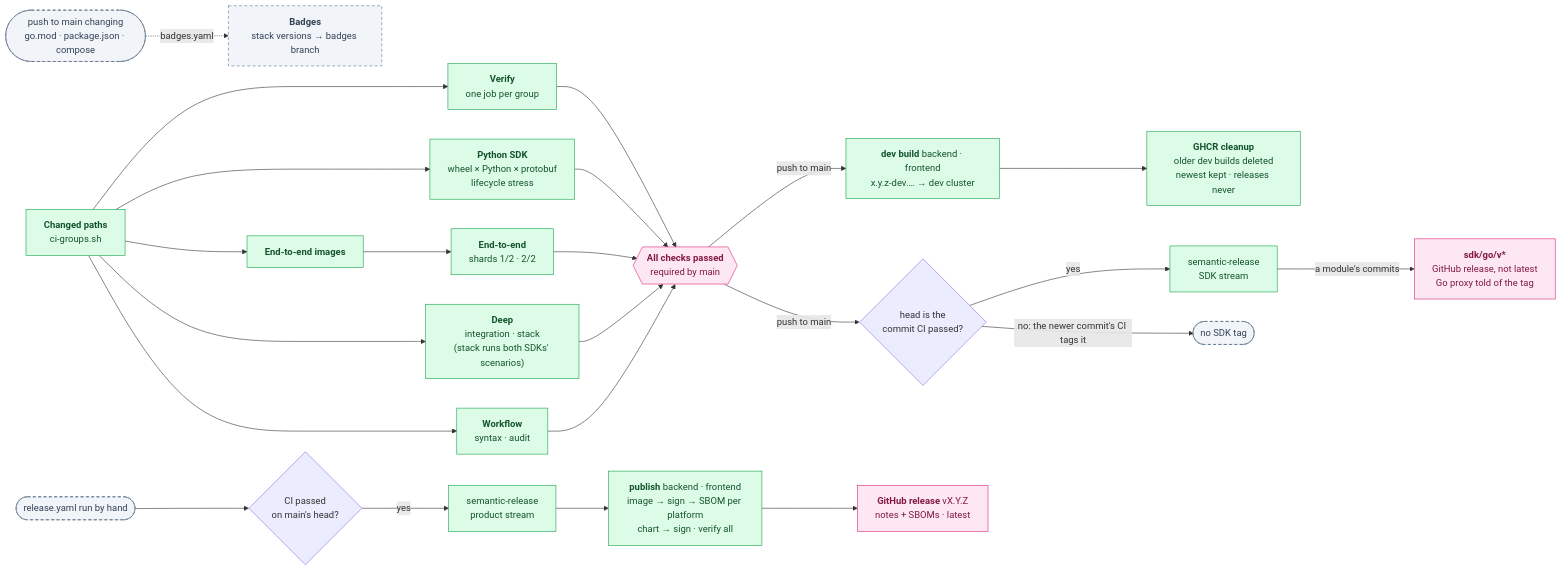
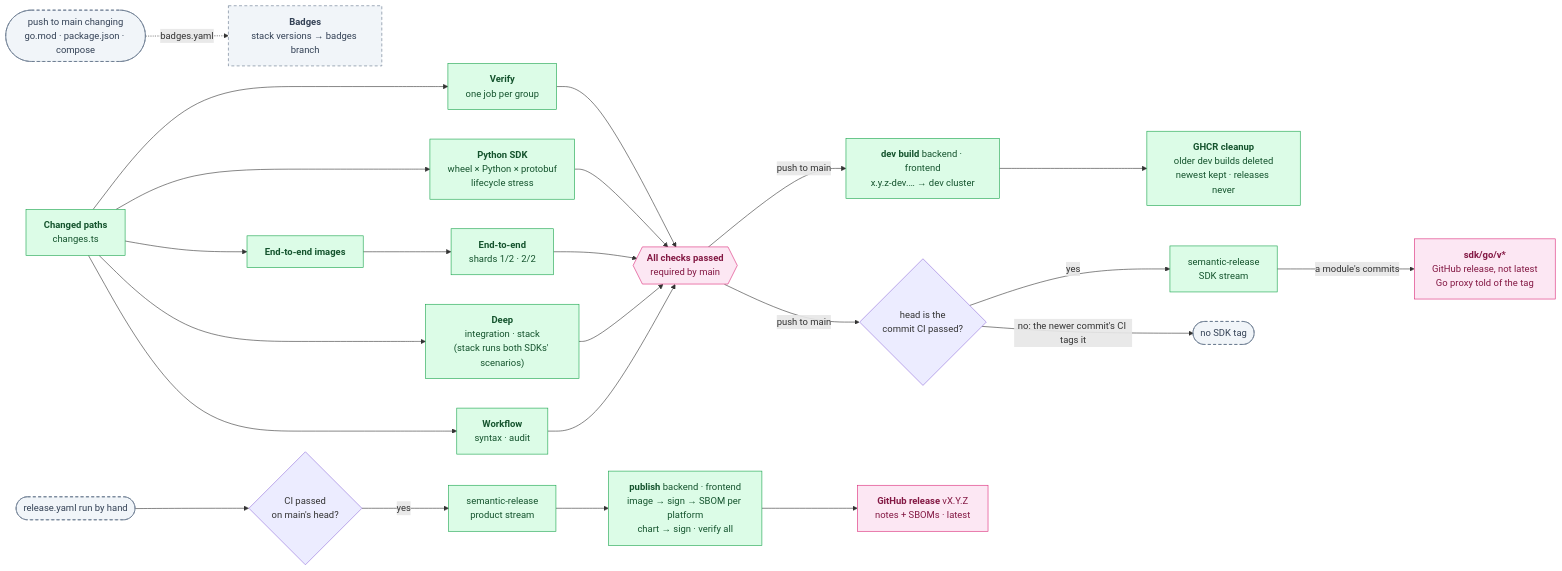
The diagram in docs/how-changes-land.md (oleg-tkachuk/paladin), drawn with Mermaid before and after one commit. The commit also changed other lines of this file and 6 other files, not shown here.

````diff
--- a/docs/how-changes-land.md
+++ b/docs/how-changes-land.md
@@ -46,41 +46,41 @@
 ```mermaid
 flowchart LR
-    chg["<b>Changed paths</b><br/>ci-groups.sh"]
+    chg["<b>Changed paths</b><br/>changes.ts"]
     v["<b>Verify</b><br/>one job per group"]
     py["<b>Python SDK</b><br/>wheel × Python × protobuf<br/>lifecycle stress"]
     img["<b>End-to-end images</b>"]
     e2e["<b>End-to-end</b><br/>shards 1/2 · 2/2"]
     deep["<b>Deep</b><br/>integration · stack<br/>(stack runs both SDKs' scenarios)"]
     wf["<b>Workflow</b><br/>syntax · audit"]
     ok{{"<b>All checks passed</b><br/>required by main"}}
     head{"head is the<br/>commit CI passed?"}
     dev["<b>dev build</b> backend · frontend<br/>x.y.z-dev.… → dev cluster"]
     clean["<b>GHCR cleanup</b><br/>older dev builds deleted<br/>newest kept · releases never"]
     sdk["semantic-release<br/>SDK stream"]
     hand(["release.yaml run by hand"])
     passed{"CI passed<br/>on main's head?"}
     tag["semantic-release<br/>product stream"]
     pub["<b>publish</b> backend · frontend<br/>image → sign → SBOM per platform<br/>chart → sign · verify all"]
     ann["<b>GitHub release</b> vX.Y.Z<br/>notes + SBOMs · latest"]
     mods["<b>sdk/go/v*</b><br/>GitHub release, not latest<br/>Go proxy told of the tag"]
     badges["<b>Badges</b><br/>stack versions → badges branch"]
 
     chg --> v & py & img & deep & wf
     img --> e2e
     v & py & e2e & deep & wf --> ok
     ok -- "push to main" --> dev & head
     dev --> clean
     head -- yes --> sdk
     sdk -- "a module's commits" --> mods
     head -- "no: the newer commit's CI tags it" --> skip(["no SDK tag"])
     hand --> passed
     passed -- yes --> tag --> pub --> ann
     pin(["push to main changing<br/>go.mod · package.json · compose"]) -. "badges.yaml" .-> badges
 
     classDef role fill:#DCFCE7,stroke:#16A34A,color:#14532D
     classDef optional fill:#F1F5F9,stroke:#64748B,color:#334155,stroke-dasharray:5 4
     classDef external fill:#FCE7F3,stroke:#DB2777,color:#831843
     class chg,v,py,img,e2e,deep,wf,tag,pub,dev,clean,sdk role
     class skip,badges,pin,hand optional
     class ok,ann,mods external
 ```
````
